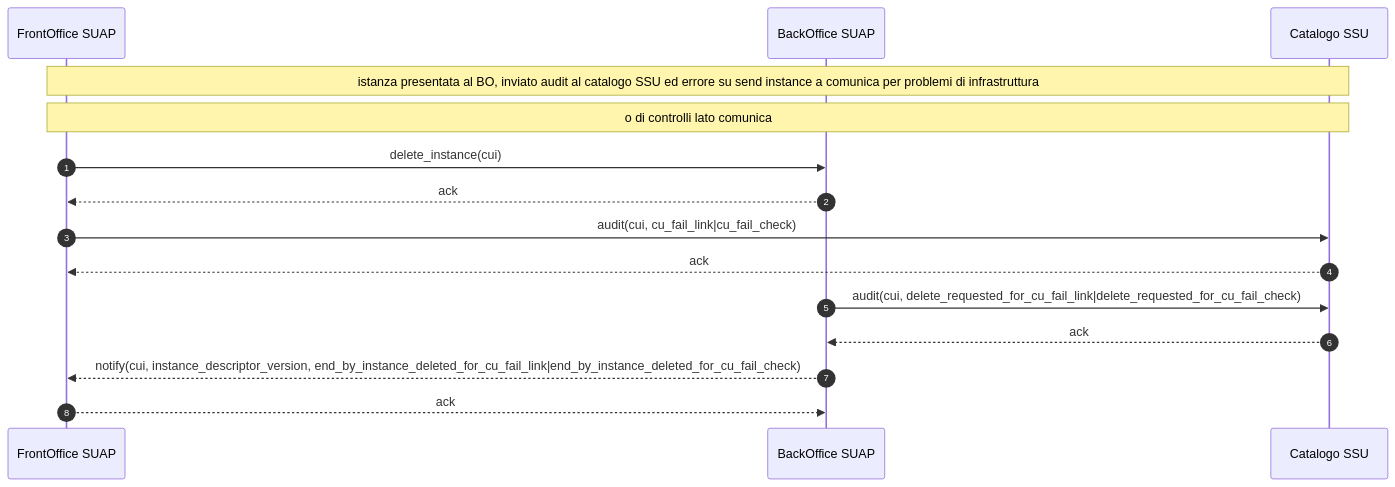
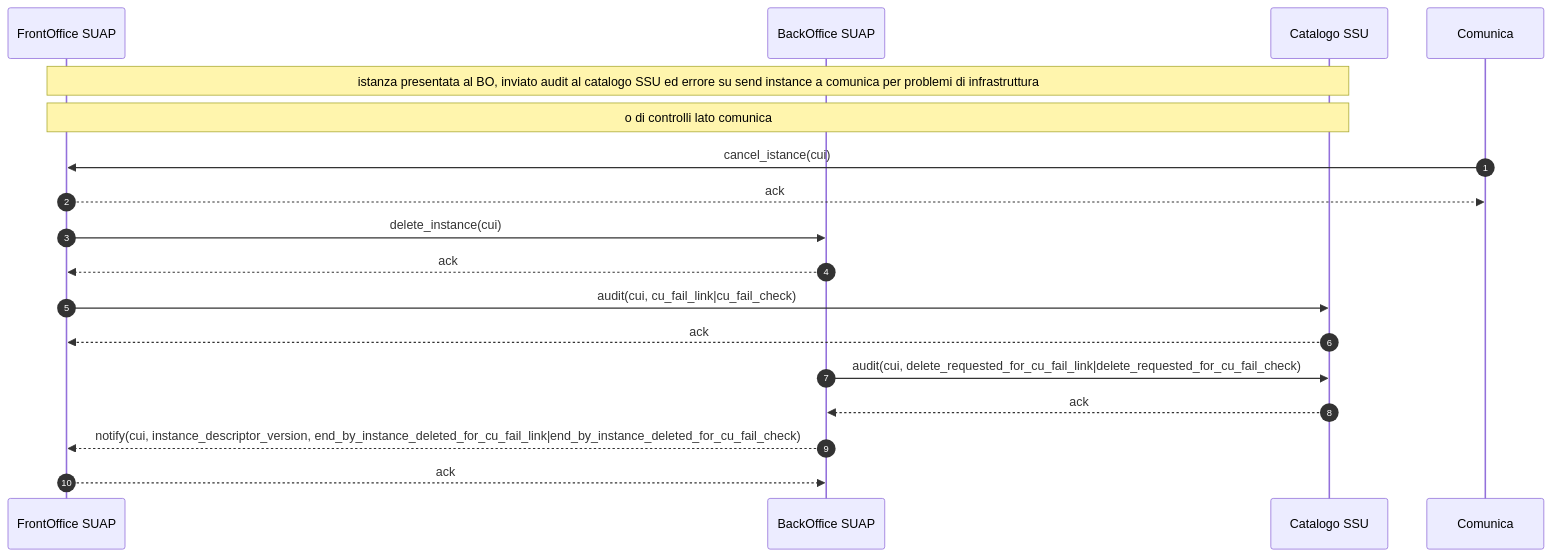
One commit to AgID/specifiche-tecniche-DPR-160-2010 changed the diagram in sequence-diagram/SCIA Comunica - delete instance-001.mermaid. Above: the diagram before and after it, drawn with Mermaid. The commit also changed 2 other files, not shown here.

Commit message:
Bug fix sequence
Bug fix sequence

```diff
--- a/sequence-diagram/SCIA Comunica - delete instance-001.mermaid
+++ b/sequence-diagram/SCIA Comunica - delete instance-001.mermaid
@@ -1,21 +1,25 @@
 sequenceDiagram
     autonumber
     
     participant F as FrontOffice SUAP  
     participant B as BackOffice SUAP  
-    participant C as Catalogo SSU  
+    participant C as Catalogo SSU
+    participant CU as Comunica  
    
     Note over F,C: istanza presentata al BO, inviato audit al catalogo SSU ed errore su send instance a comunica per problemi di infrastruttura
     Note over F,C: o di controlli lato comunica
+
+    CU ->> F: cancel_istance(cui)
+    F -->> CU: ack
 
     F ->> B: delete_instance(cui)
     B -->> F: ack
 
     F ->> C: audit(cui, cu_fail_link|cu_fail_check)
     C -->> F: ack
 
     B ->> C: audit(cui, delete_requested_for_cu_fail_link|delete_requested_for_cu_fail_check)
     C -->> B: ack
 
     B -->> F: notify(cui, instance_descriptor_version, end_by_instance_deleted_for_cu_fail_link|end_by_instance_deleted_for_cu_fail_check)
     F -->> B: ack
```
